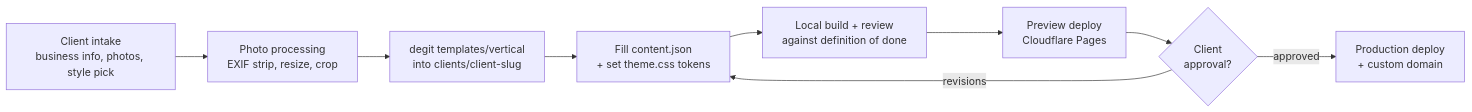
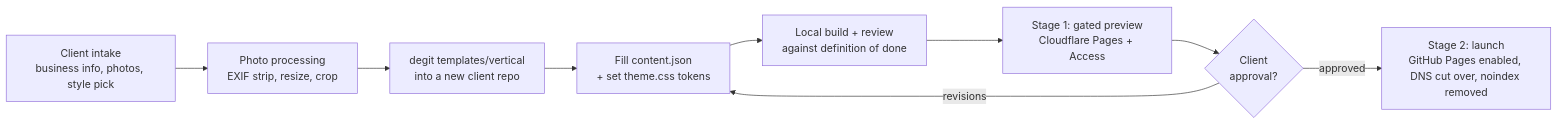
Before and after one commit to WGLewis0721/Graymattertechllc-: the diagram in websites/docs/ARCHITECTURE.md, drawn with Mermaid. The commit also changed other lines of this file and 46 other files, not shown here.

First line of the commit message:
Replace website-templates docs with GitHub Pages-correct version

````diff
--- a/websites/docs/ARCHITECTURE.md
+++ b/websites/docs/ARCHITECTURE.md
@@ -102,11 +114,11 @@
 ```mermaid
 flowchart LR
     A[Client intake\nbusiness info, photos, style pick] --> B[Photo processing\nEXIF strip, resize, crop]
-    B --> C[degit templates/vertical\ninto clients/client-slug]
+    B --> C[degit templates/vertical\ninto a new client repo]
     C --> D[Fill content.json\n+ set theme.css tokens]
     D --> E[Local build + review\nagainst definition of done]
-    E --> F[Preview deploy\nCloudflare Pages]
+    E --> F[Stage 1: gated preview\nCloudflare Pages + Access]
     F --> G{Client\napproval?}
     G -- revisions --> D
-    G -- approved --> H[Production deploy\n+ custom domain]
+    G -- approved --> H[Stage 2: launch\nGitHub Pages enabled, DNS cut over, noindex removed]
 ```
````
